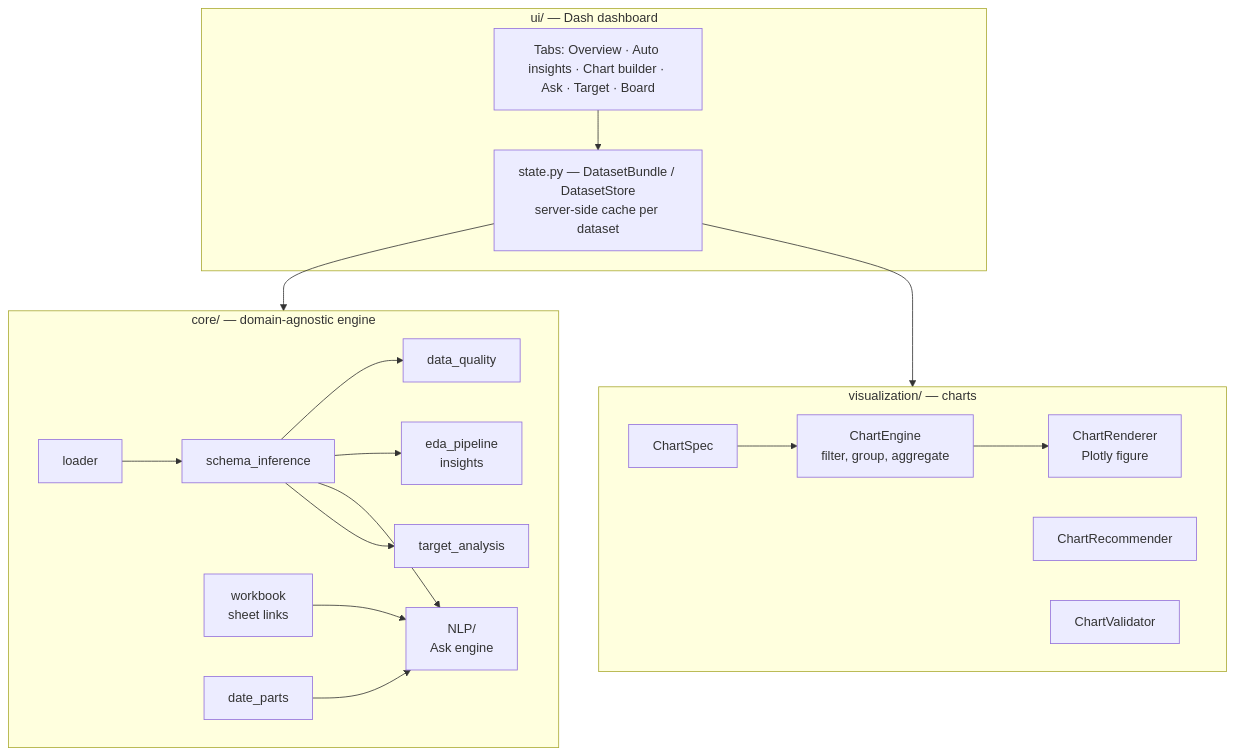
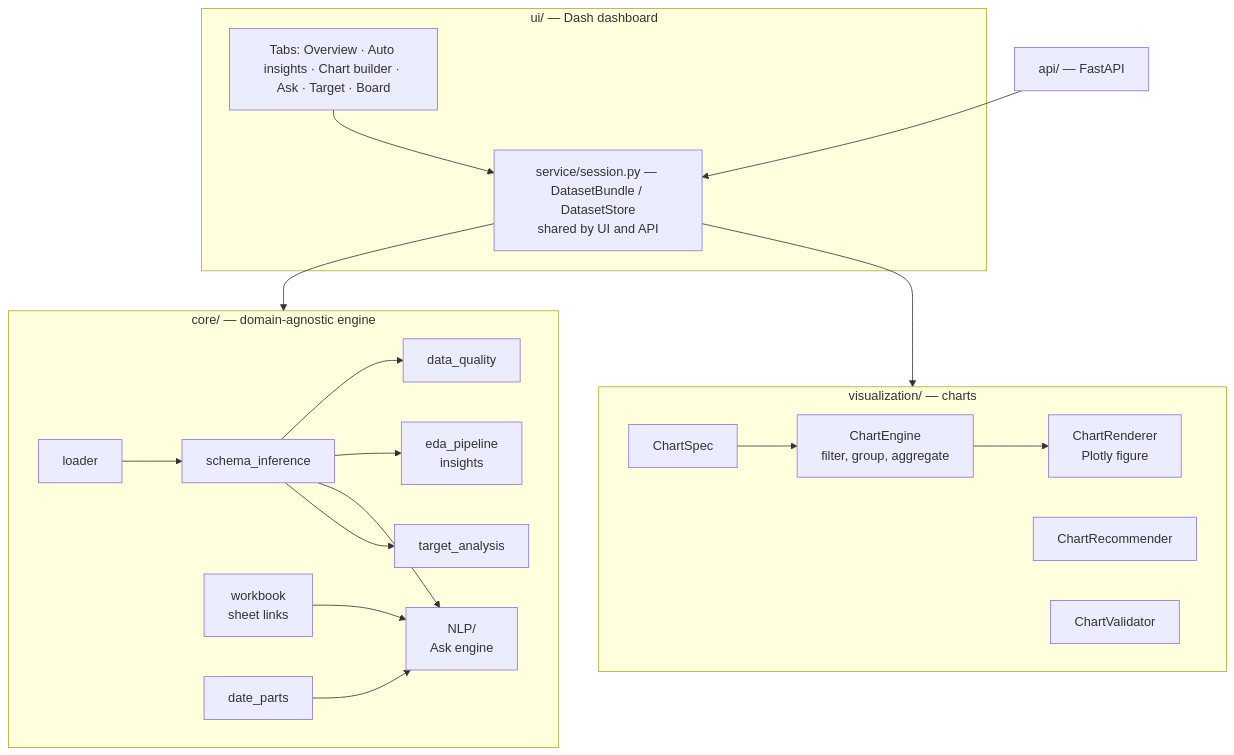
Before and after one commit to kulkarniDurvesh/ai-data-scientist-platform: the first of 11 diagrams in docs/ARCHITECTURE.md, drawn with Mermaid. The commit also changed other lines of this file and 31 other files, not shown here.

First line of the commit message:
Phase 5: HTTP API (FastAPI) and Docker

````diff
--- a/docs/ARCHITECTURE.md
+++ b/docs/ARCHITECTURE.md
@@ -25,24 +25,25 @@
 ```mermaid
 flowchart TB
     subgraph UI["ui/ — Dash dashboard"]
         tabs[Tabs: Overview · Auto insights · Chart builder · Ask · Target · Board]
-        state[state.py — DatasetBundle / DatasetStore<br/>server-side cache per dataset]
+        state[service/session.py — DatasetBundle / DatasetStore<br/>shared by UI and API]
     end
     subgraph VIZ["visualization/ — charts"]
         spec[ChartSpec] --> engine[ChartEngine<br/>filter, group, aggregate]
         engine --> renderer[ChartRenderer<br/>Plotly figure]
         recommender[ChartRecommender]
         validator[ChartValidator]
     end
     subgraph CORE["core/ — domain-agnostic engine"]
         loader[loader] --> schema[schema_inference]
         schema --> quality[data_quality]
         schema --> pipeline[eda_pipeline<br/>insights]
         schema --> nlp[NLP/<br/>Ask engine]
         workbook[workbook<br/>sheet links] --> nlp
         schema --> target[target_analysis]
         dates[date_parts] --> nlp
     end
     tabs --> state --> CORE
     state --> VIZ
+    api[api/ — FastAPI] --> state
 ```
````
